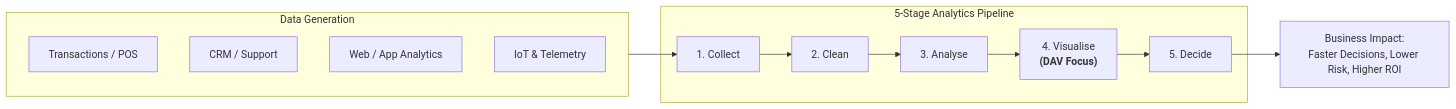
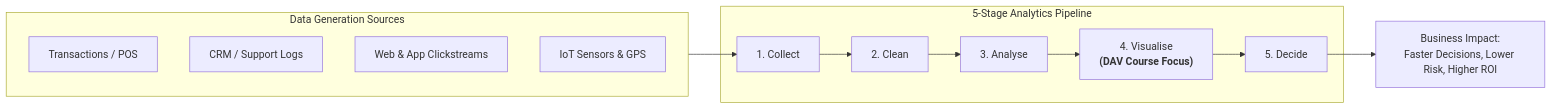
Before and after one commit to DeepLumiere/DeepSkills: the first of 7 diagrams in notes/data_analysis/Chapter7_Introduction_to_Business_Data.md, drawn with Mermaid. The commit also changed other lines of this file and 8 other files, not shown here.

Commit message:
feat: initialize business data analysis course notes and supplementary visualization tools

````diff
--- a/notes/data_analysis/Chapter7_Introduction_to_Business_Data.md
+++ b/notes/data_analysis/Chapter7_Introduction_to_Business_Data.md
@@ -31,17 +18,17 @@
 ```mermaid
 flowchart LR
-    subgraph S1["Data Generation"]
+    subgraph S1["Data Generation Sources"]
         TX["Transactions / POS"]
-        CRM["CRM / Support"]
-        WEB["Web / App Analytics"]
-        IOT["IoT & Telemetry"]
+        CRM["CRM / Support Logs"]
+        WEB["Web & App Clickstreams"]
+        IOT["IoT Sensors & GPS"]
     end
     subgraph S2["5-Stage Analytics Pipeline"]
         C1["1. Collect"] --> C2["2. Clean"]
         C2 --> C3["3. Analyse"]
-        C3 --> C4["4. Visualise<br/><b>(DAV Focus)</b>"]
+        C3 --> C4["4. Visualise<br/><b>(DAV Course Focus)</b>"]
         C4 --> C5["5. Decide"]
     end
     S1 --> C1
     C5 --> ACT["Business Impact:<br/>Faster Decisions, Lower Risk, Higher ROI"]
 ```
````
